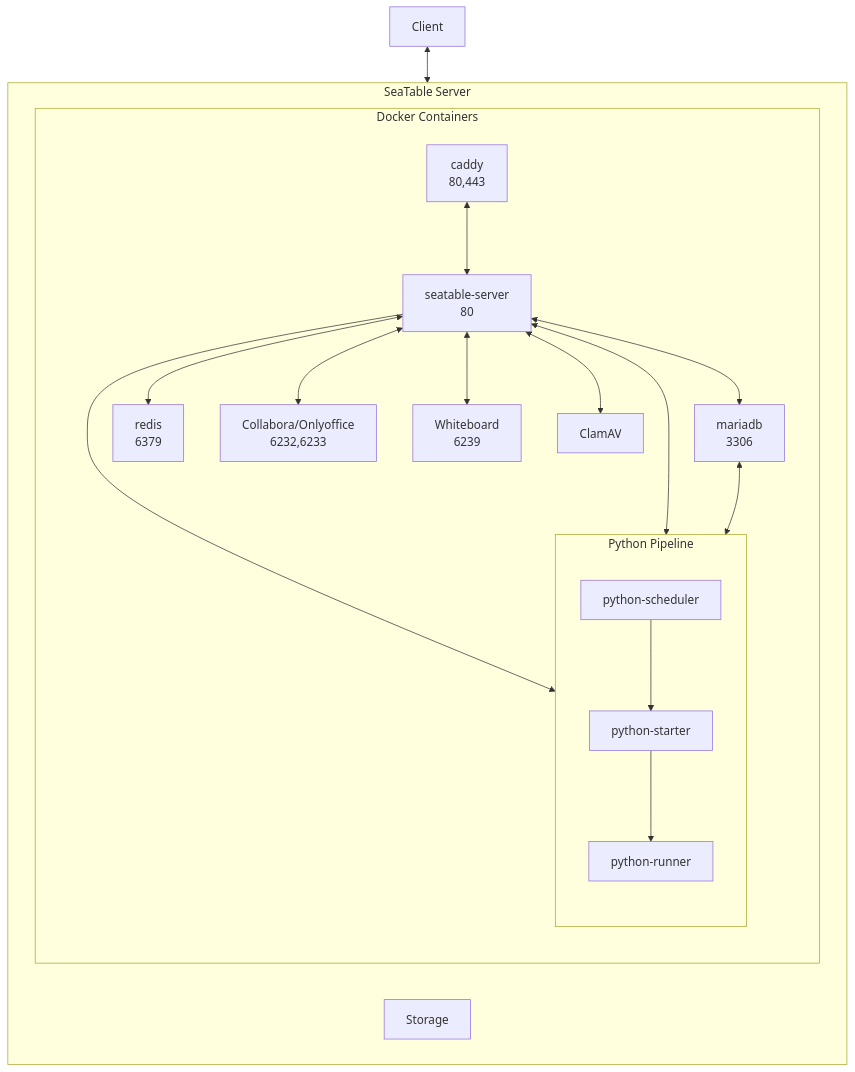
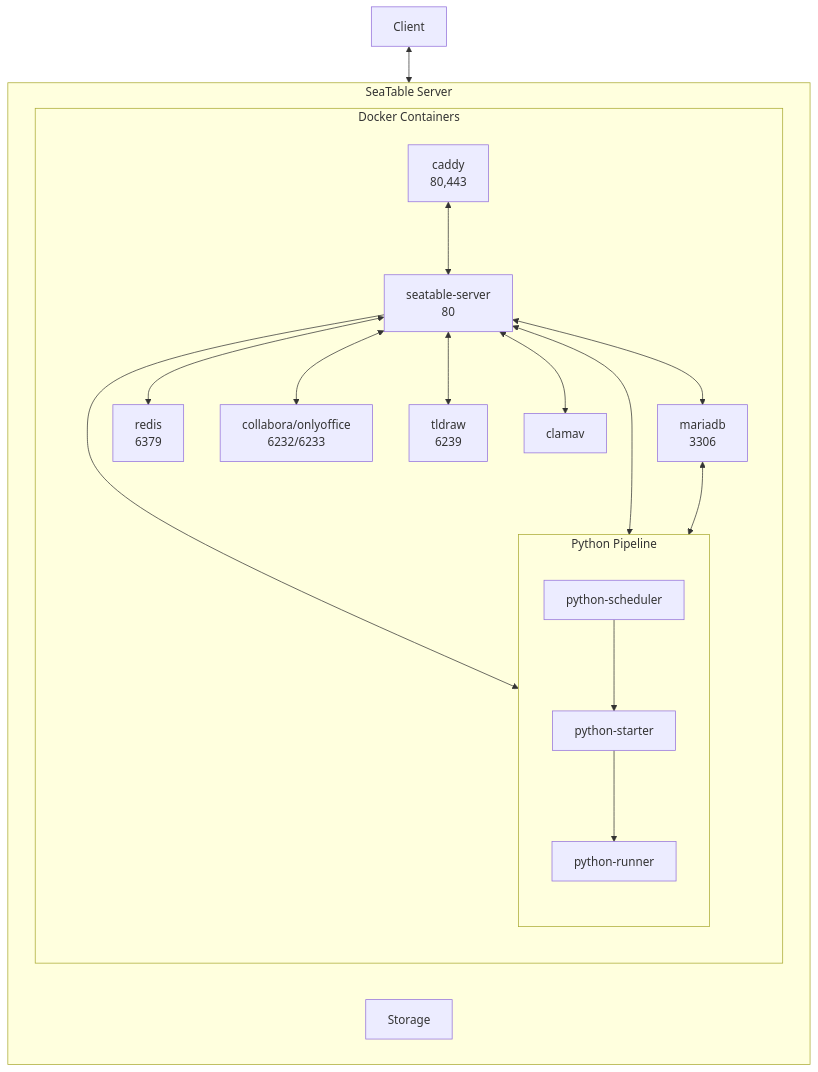
The second of 3 diagrams in docs/introduction/architecture.md (seatable/seatable-admin-docs), drawn with Mermaid before and after one commit.

Commit message:
Harmonized all docker containers small caps

````diff
--- a/docs/introduction/architecture.md
+++ b/docs/introduction/architecture.md
@@ -31,35 +31,35 @@
 ```mermaid
 flowchart TB
     Client<-->C
     subgraph SeaTable Server
         direction LR
         subgraph Docker Containers
             direction TB
             C[caddy<br/>80,443]
             SS[seatable-server<br/>80]
             MDB[mariadb<br/>3306]
             R[redis<br/>6379]
-            OO[Collabora/Onlyoffice<br/>6232,6233]
-            Wh[Whiteboard<br/>6239]
-            CAV[ClamAV<br/>]
+            OO[collabora/onlyoffice<br/>6232/6233]
+            Tld[tldraw<br/>6239]
+            CAV[clamav<br/>]
             C<-->SS
             SS<-->MDB
             SS<-->R
             SS<-->OO
-            SS<-->Wh
+            SS<-->Tld
             SS<-->CAV
                subgraph p[Python Pipeline]
                   direction TB
                   PSc[python-scheduler]
                   PSt[python-starter]
                   PR[python-runner]
                   PSc-->PSt
                   PSt-->PR
                end
             SS-->PSc
             SS<-->PR
             MDB<-->PSc
         end
         F[Storage]
     end
 ```
````
